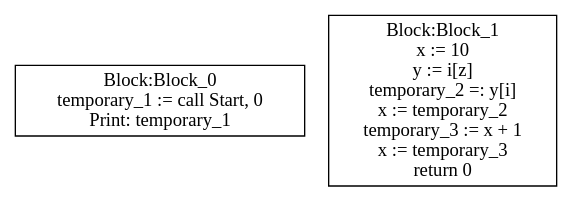
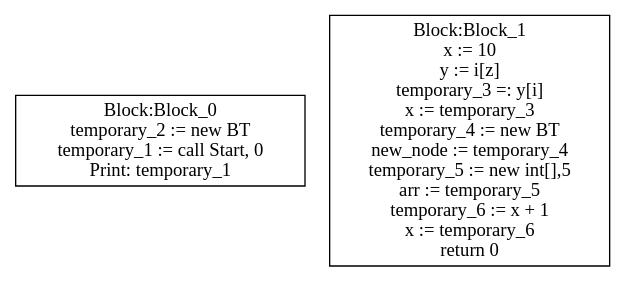
Before and after one commit to moondog-matthew/compiler-dv1655: the diagram in lab3/CFG-tree.dot, drawn with Graphviz. The commit also changed 6 other files, not shown here.

```diff
--- a/lab3/CFG-tree.dot
+++ b/lab3/CFG-tree.dot
@@ -1,15 +1,20 @@
 digraph {
 graph [ splines = ortho ]
 	node [ shape = box ];
 Block_0 [label="Block:Block_0
+temporary_2 := new BT
 temporary_1 := call Start, 0
 Print: temporary_1"];
 Block_1 [label="Block:Block_1
 x := 10
 y := i[z]
-temporary_2 =: y[i]
-x := temporary_2
-temporary_3 := x + 1
+temporary_3 =: y[i]
 x := temporary_3
+temporary_4 := new BT
+new_node := temporary_4
+temporary_5 := new int[],5
+arr := temporary_5
+temporary_6 := x + 1
+x := temporary_6
 return 0"];
 }
```
